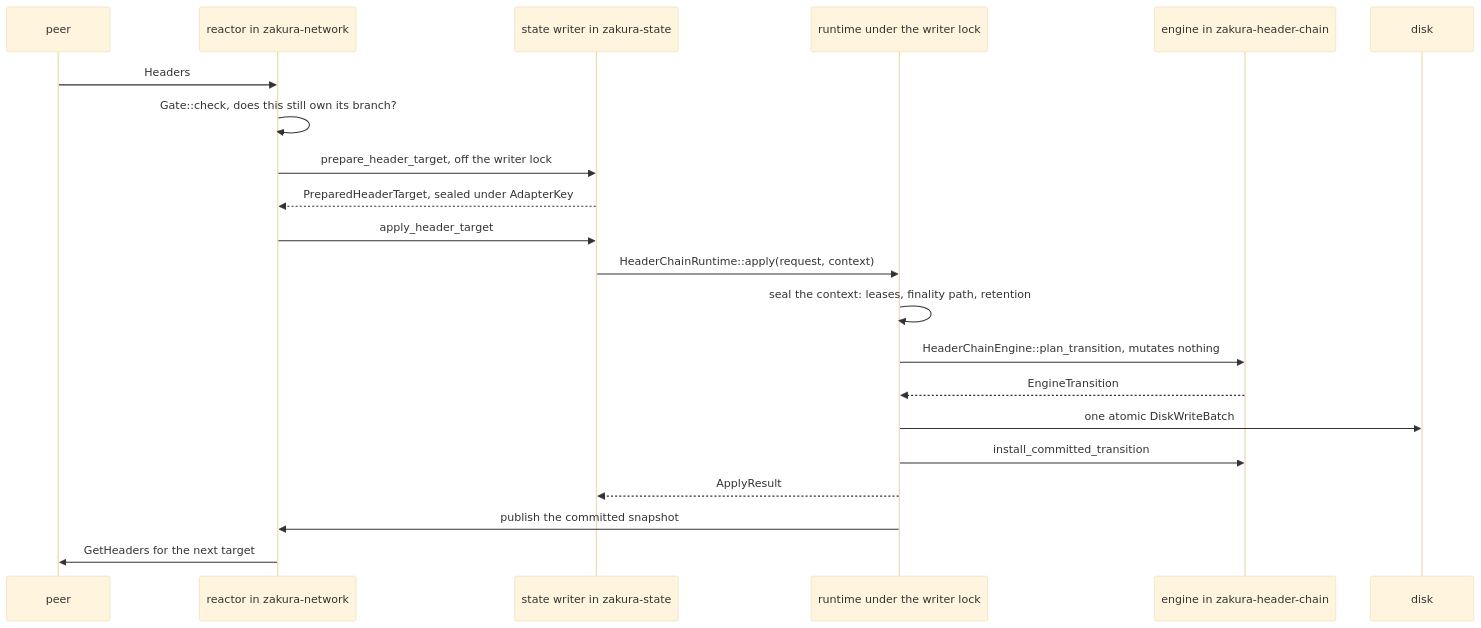
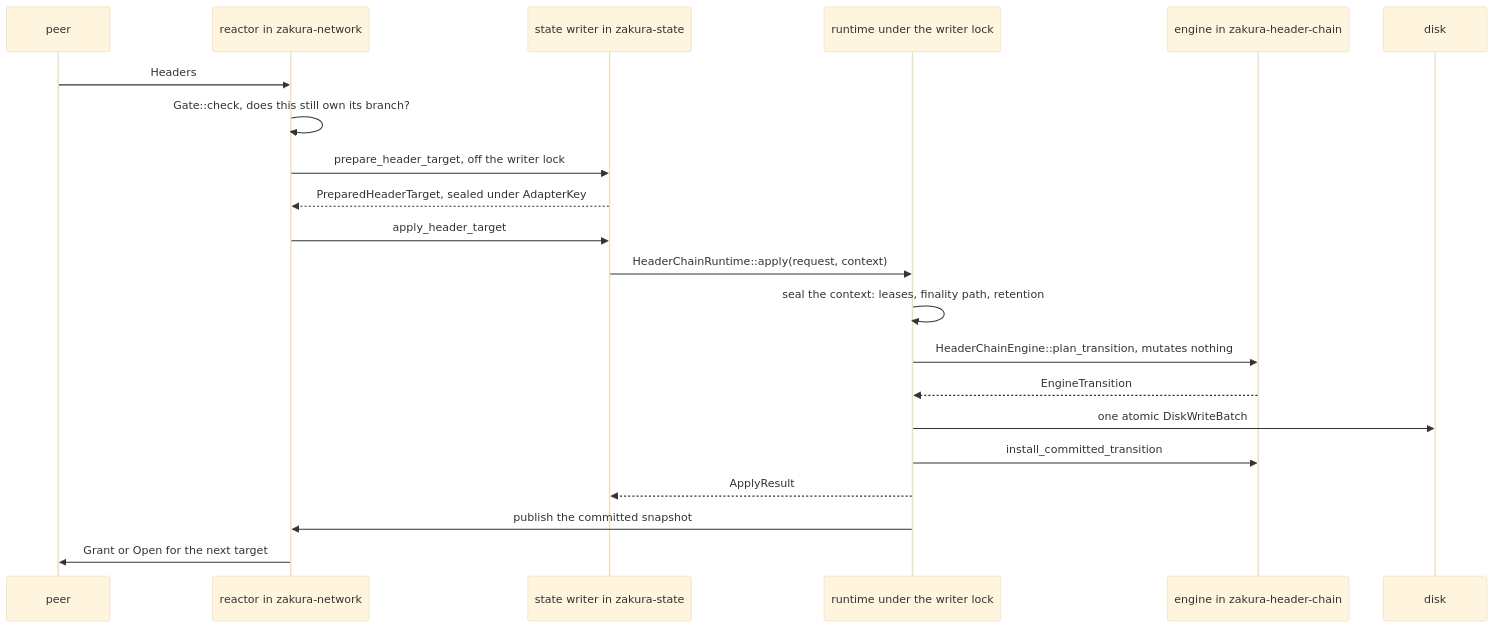
One commit to zakura-core/zakura changed the diagram in docs/design/headerchain/request_lifecycle.md. Above: the diagram before and after it, drawn with Mermaid (base theme). The commit also changed other lines of this file and 5 other files, not shown here.

````diff
--- a/docs/design/headerchain/request_lifecycle.md
+++ b/docs/design/headerchain/request_lifecycle.md
@@ -104,23 +104,23 @@
 ```mermaid
 sequenceDiagram
   participant N as peer
   participant P as reactor in zakura-network
   participant W as state writer in zakura-state
   participant R as runtime under the writer lock
   participant E as engine in zakura-header-chain
   participant D as disk
   N->>P: Headers
   P->>P: Gate::check, does this still own its branch?
   P->>W: prepare_header_target, off the writer lock
   W-->>P: PreparedHeaderTarget, sealed under AdapterKey
   P->>W: apply_header_target
   W->>R: HeaderChainRuntime::apply(request, context)
   R->>R: seal the context: leases, finality path, retention
   R->>E: HeaderChainEngine::plan_transition, mutates nothing
   E-->>R: EngineTransition
   R->>D: one atomic DiskWriteBatch
   R->>E: install_committed_transition
   R-->>W: ApplyResult
   R->>P: publish the committed snapshot
-  P->>N: GetHeaders for the next target
+  P->>N: Grant or Open for the next target
 ```
````
